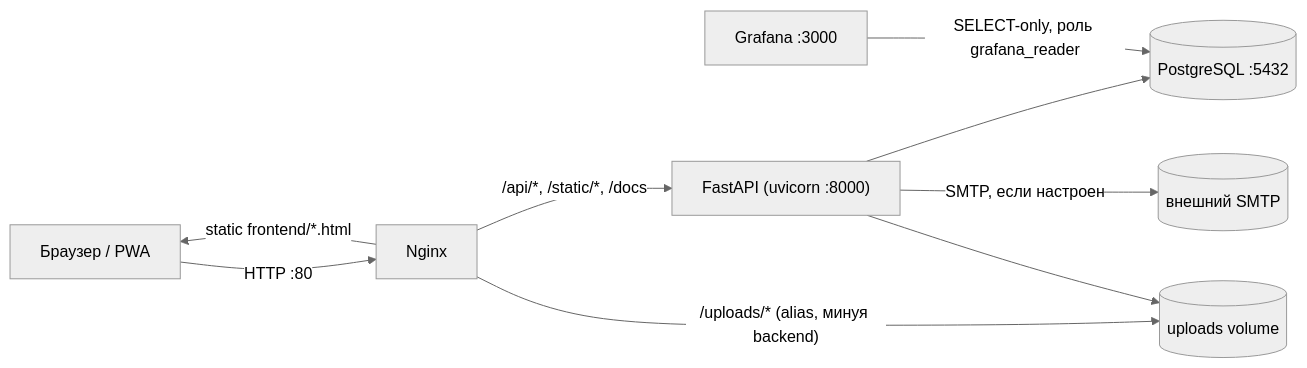
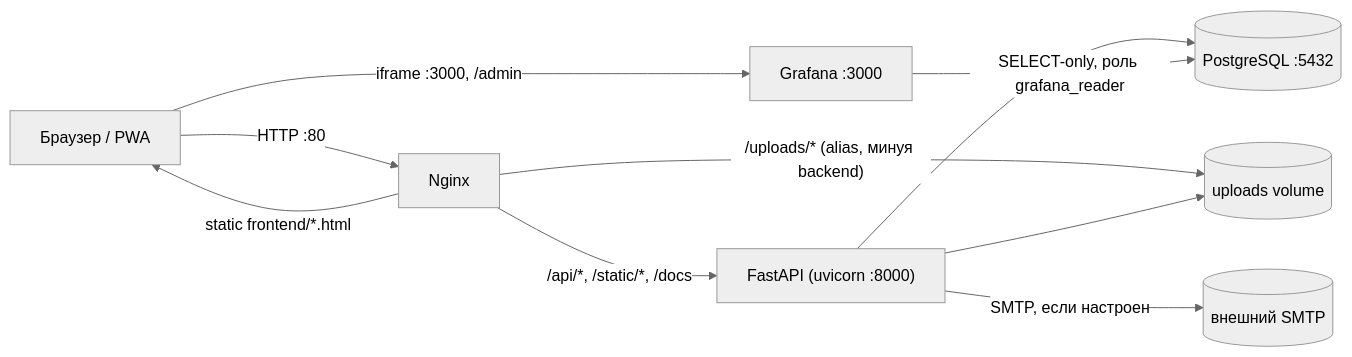
Before and after one commit to Syharik3316/Evil-Clean-Town: the diagram in ARCHITECTURE.md, drawn with Mermaid (neutral theme). The commit also changed other lines of this file and 7 other files, not shown here.

````diff
--- a/ARCHITECTURE.md
+++ b/ARCHITECTURE.md
@@ -8,11 +8,12 @@
 ```mermaid
 flowchart LR
     Browser["Браузер / PWA"] -->|HTTP :80| Nginx
     Nginx -->|"/api/*, /static/*, /docs"| Backend["FastAPI (uvicorn :8000)"]
     Nginx -->|"static frontend/*.html"| Browser
     Nginx -->|"/uploads/* (alias, минуя backend)"| UploadsVol[(uploads volume)]
     Backend --> DB[(PostgreSQL :5432)]
     Backend --> UploadsVol
-    Grafana["Grafana :3000"] -->|"SELECT-only, роль grafana_reader"| DB
+    Browser -->|"iframe :3000, /admin"| Grafana["Grafana :3000"]
+    Grafana -->|"SELECT-only, роль grafana_reader"| DB
     Backend -->|SMTP, если настроен| MailServer[(внешний SMTP)]
 ```
````
